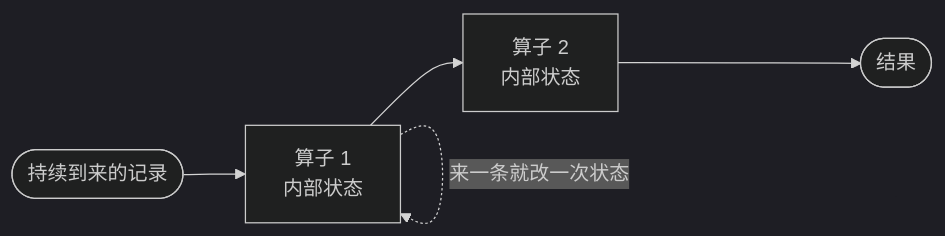
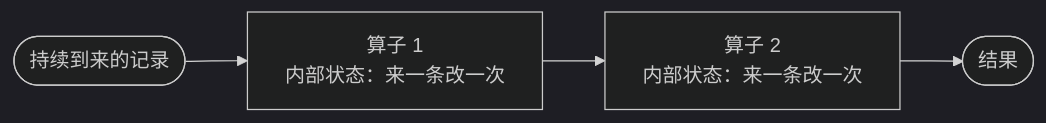
The first of 5 diagrams in content/docs/03-part3/ch11-streaming.md (rchaocai/mini-spark), drawn with Mermaid (dark theme) before and after one commit. The commit also changed other lines of this file, not shown here.

First line of the commit message:
docs( streaming-doc ): update flowchart and add flink snapshot section

````diff
--- a/content/docs/03-part3/ch11-streaming.md
+++ b/content/docs/03-part3/ch11-streaming.md
@@ -38,7 +38,6 @@
 ```mermaid
 flowchart LR
-    In([持续到来的记录]) --> N1[算子 1<br/>内部状态]
-    N1 --> N2[算子 2<br/>内部状态]
+    In([持续到来的记录]) --> N1["算子 1<br/>内部状态：来一条改一次"]
+    N1 --> N2["算子 2<br/>内部状态：来一条改一次"]
     N2 --> Out([结果])
-    N1 -. 来一条就改一次状态 .-> N1
 ```
````
